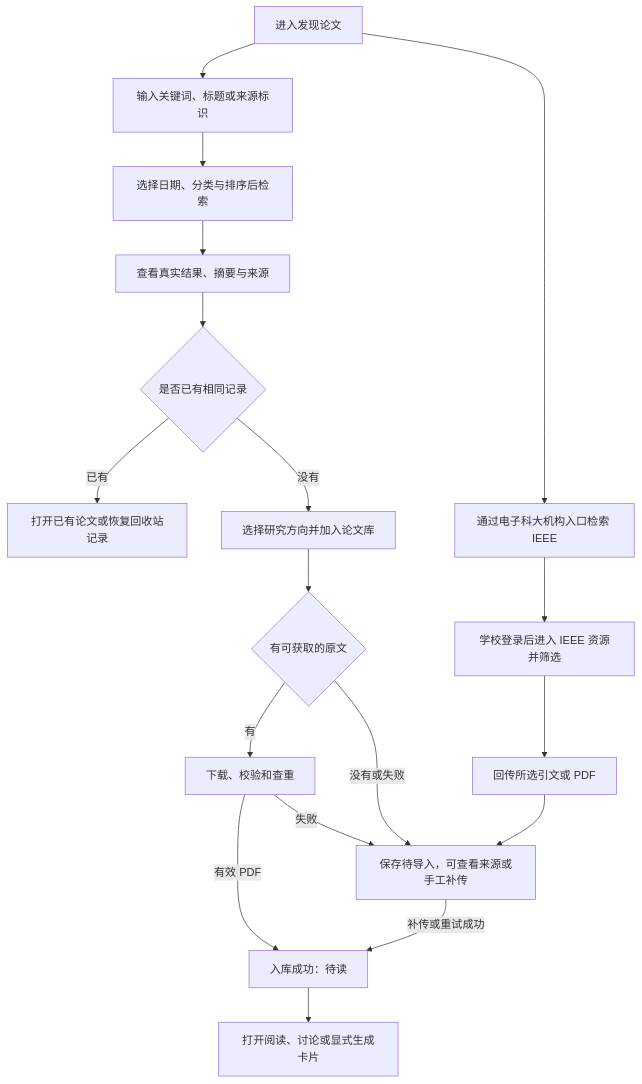
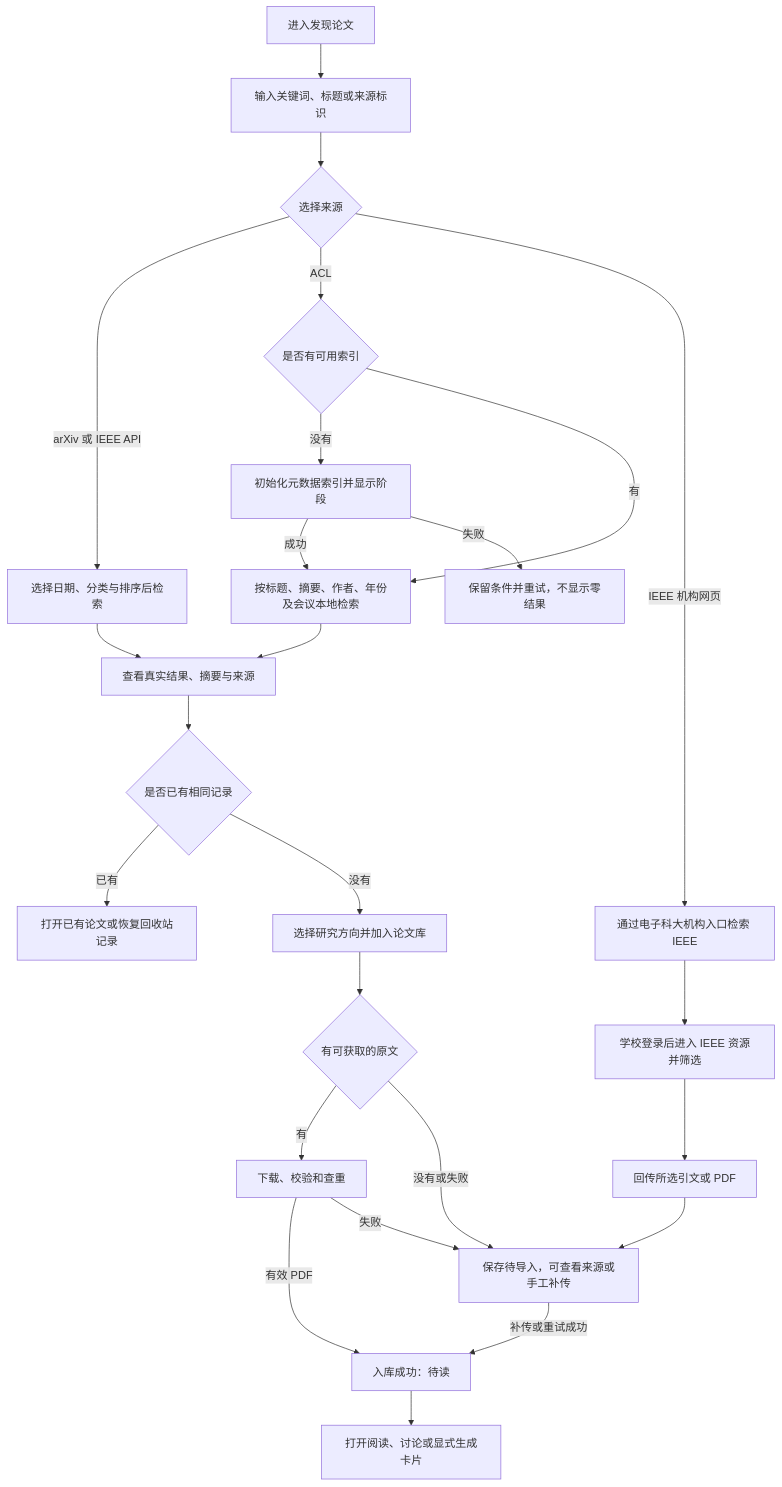
One commit to iaslay/Paper-Management-System changed the first of 2 diagrams in docs/论文联网检索与导入方案.md. Above: the diagram before and after it, drawn with Mermaid. The commit also changed other lines of this file and 3 other files, not shown here.

````diff
--- a/docs/论文联网检索与导入方案.md
+++ b/docs/论文联网检索与导入方案.md
@@ -81,20 +110,27 @@
 ```mermaid
 flowchart TD
     A[进入发现论文] --> B[输入关键词、标题或来源标识]
-    B --> C[选择日期、分类与排序后检索]
-    A --> N[通过电子科大机构入口检索 IEEE]
+    B --> SC{选择来源}
+    SC -->|arXiv 或 IEEE API| C[选择日期、分类与排序后检索]
+    SC -->|ACL| AC{是否有可用索引}
+    AC -->|没有| AS[初始化元数据索引并显示阶段]
+    AS -->|成功| AL[按标题、摘要、作者、年份及会议本地检索]
+    AS -->|失败| AF[保留条件并重试，不显示零结果]
+    AC -->|有| AL
+    AL --> D
+    SC -->|IEEE 机构网页| N[通过电子科大机构入口检索 IEEE]
     N --> O[学校登录后进入 IEEE 资源并筛选]
     O --> P[回传所选引文或 PDF]
     P --> J
     C --> D[查看真实结果、摘要与来源]
     D --> E{是否已有相同记录}
     E -->|已有| F[打开已有论文或恢复回收站记录]
     E -->|没有| G[选择研究方向并加入论文库]
     G --> H{有可获取的原文}
     H -->|有| I[下载、校验和查重]
     H -->|没有或失败| J[保存待导入，可查看来源或手工补传]
     I -->|有效 PDF| K[入库成功：待读]
     I -->|失败| J
     J -->|补传或重试成功| K
     K --> L[打开阅读、讨论或显式生成卡片]
 ```
````
